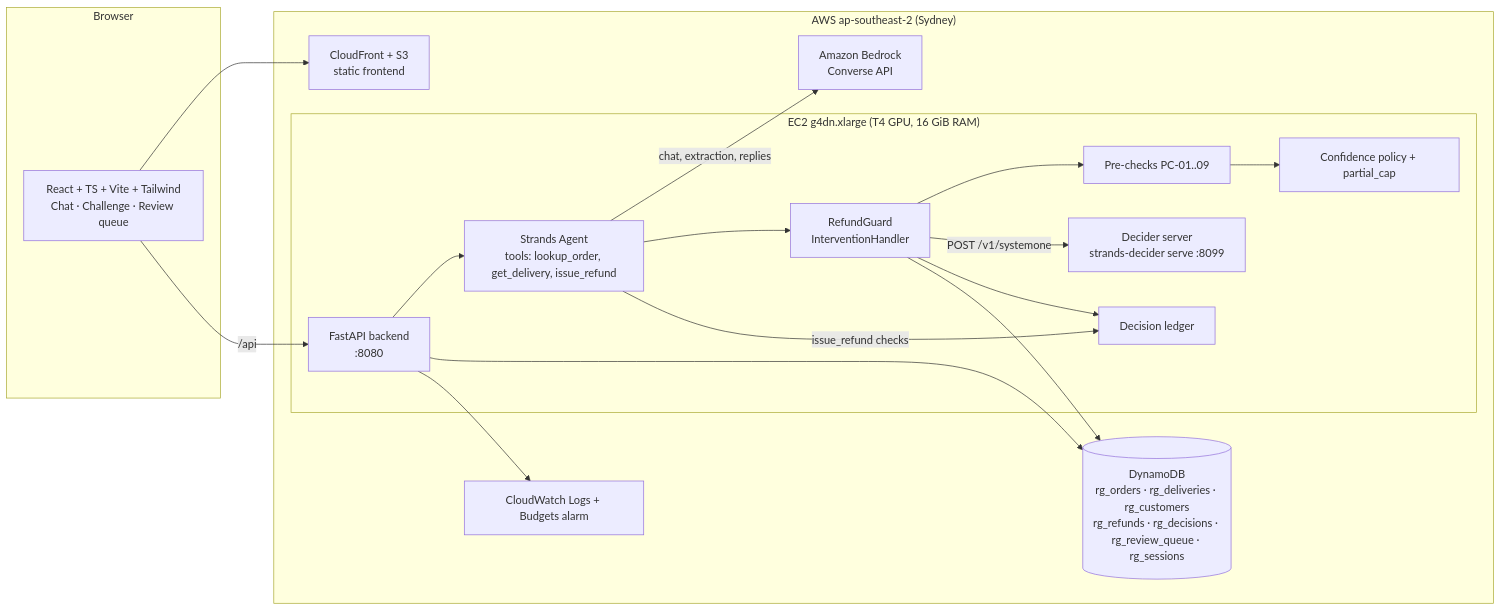
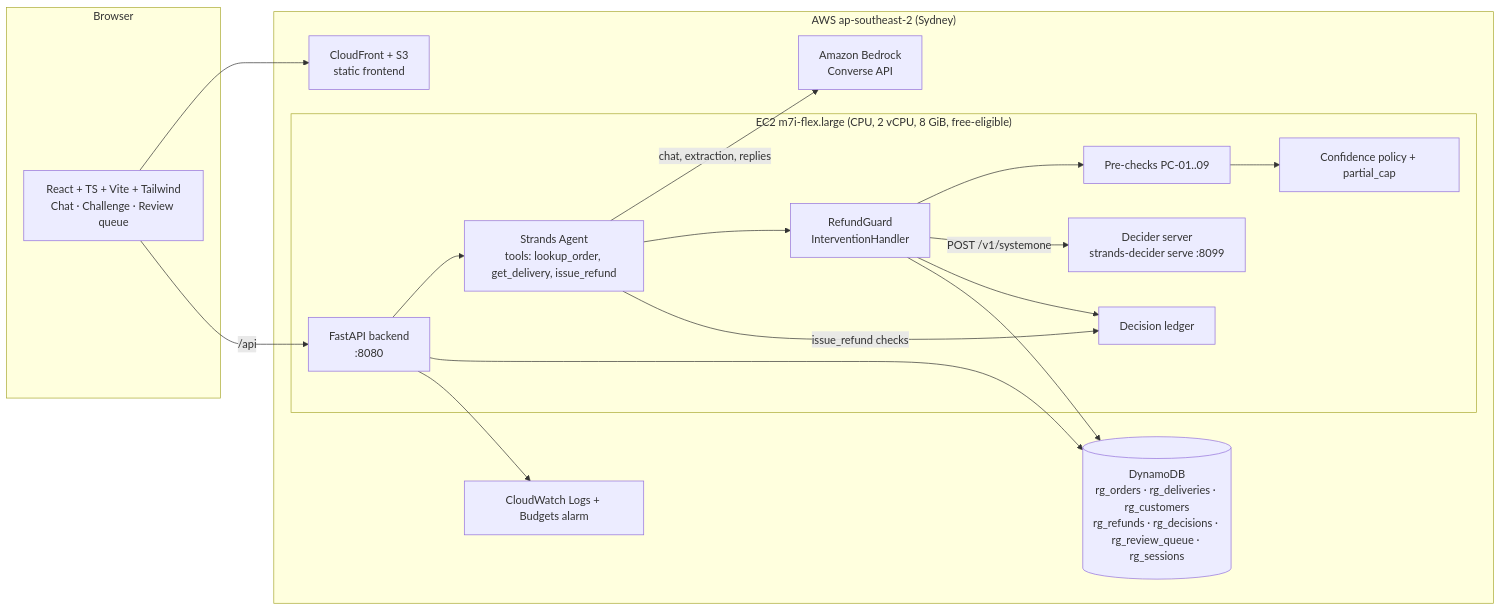
One commit to gaaurav03/refund-guard changed the first of 2 diagrams in docs/architecture.md. Above: the diagram before and after it, drawn with Mermaid. The commit also changed other lines of this file and 8 other files, not shown here.

First line of the commit message:
docs: Free plan only - host Decider on free-eligible m7i-flex.large CPU (~27 s/decision)

````diff
--- a/docs/architecture.md
+++ b/docs/architecture.md
@@ -9,32 +9,32 @@
 ```mermaid
 flowchart LR
   subgraph Browser
     FE[React + TS + Vite + Tailwind<br/>Chat · Challenge · Review queue]
   end
   subgraph AWS["AWS ap-southeast-2 (Sydney)"]
     CF[CloudFront + S3<br/>static frontend]
-    subgraph EC2["EC2 g4dn.xlarge (T4 GPU, 16 GiB RAM)"]
+    subgraph EC2["EC2 m7i-flex.large (CPU, 2 vCPU, 8 GiB, free-eligible)"]
       API[FastAPI backend<br/>:8080]
       AG[Strands Agent<br/>tools: lookup_order, get_delivery, issue_refund]
       RG[RefundGuard<br/>InterventionHandler]
       PC[Pre-checks PC-01..09]
       POL[Confidence policy + partial_cap]
       LED[Decision ledger]
       DEC[Decider server<br/>strands-decider serve :8099]
     end
     BR[Amazon Bedrock<br/>Converse API]
     DDB[(DynamoDB<br/>rg_orders · rg_deliveries · rg_customers<br/>rg_refunds · rg_decisions · rg_review_queue · rg_sessions)]
     CW[CloudWatch Logs + Budgets alarm]
   end
   FE --> CF
   FE -->|/api| API
   API --> AG
   AG -->|chat, extraction, replies| BR
   AG --> RG --> PC --> POL
   RG -->|POST /v1/systemone| DEC
   RG --> LED
   AG -->|issue_refund checks| LED
   API --> DDB
   RG --> DDB
   API --> CW
 ```
````
